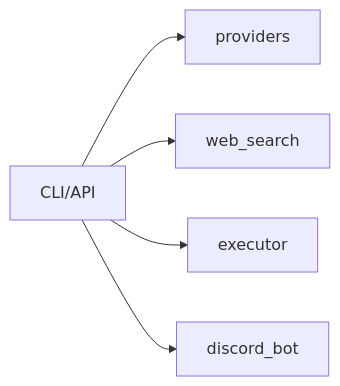
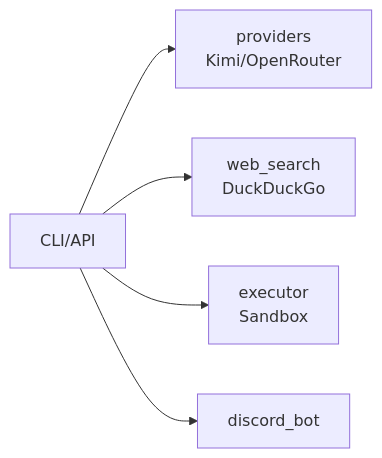
Before and after one commit to unlimblue/ai-toolbox: the diagram in README.md, drawn with Mermaid. The commit also changed other lines of this file, not shown here.

````diff
--- a/README.md
+++ b/README.md
@@ -11,7 +141,10 @@
 ```mermaid
 graph LR
-    A[CLI/API] --> B[providers]
-    A --> C[web_search]
-    A --> D[executor]
-    A --> E[discord_bot]
+    CLI[CLI/API] --> P[providers
+    Kimi/OpenRouter]
+    CLI --> W[web_search
+    DuckDuckGo]
+    CLI --> E[executor
+    Sandbox]
+    CLI --> D[discord_bot]
 ```
````
